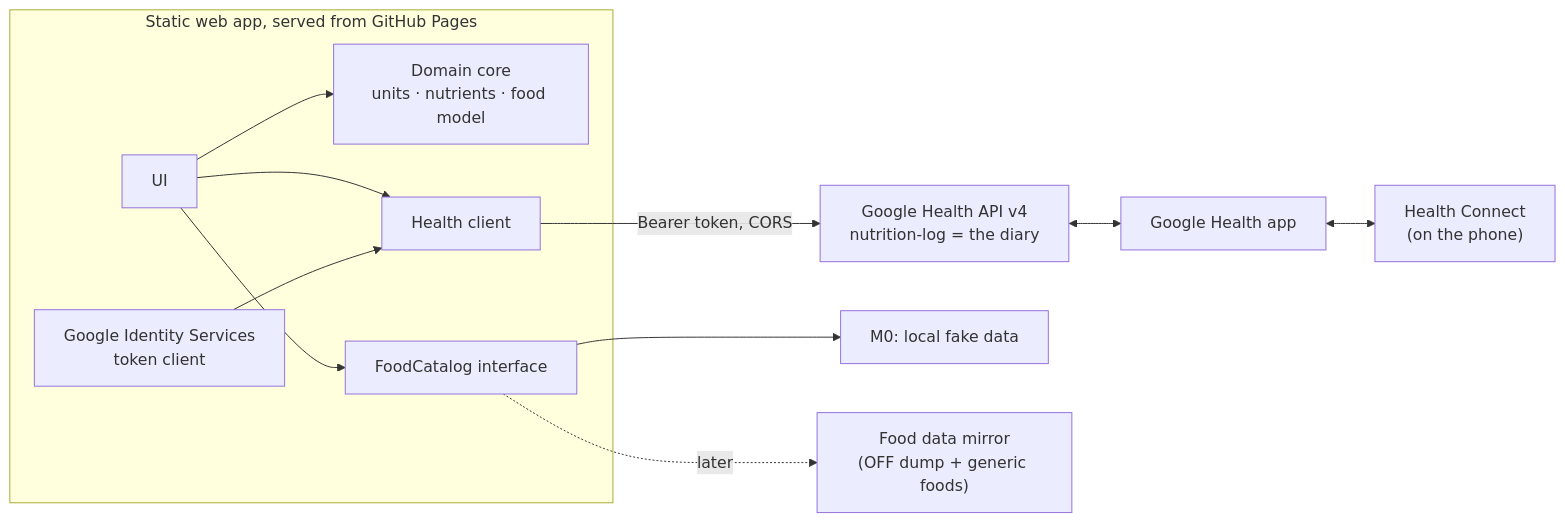
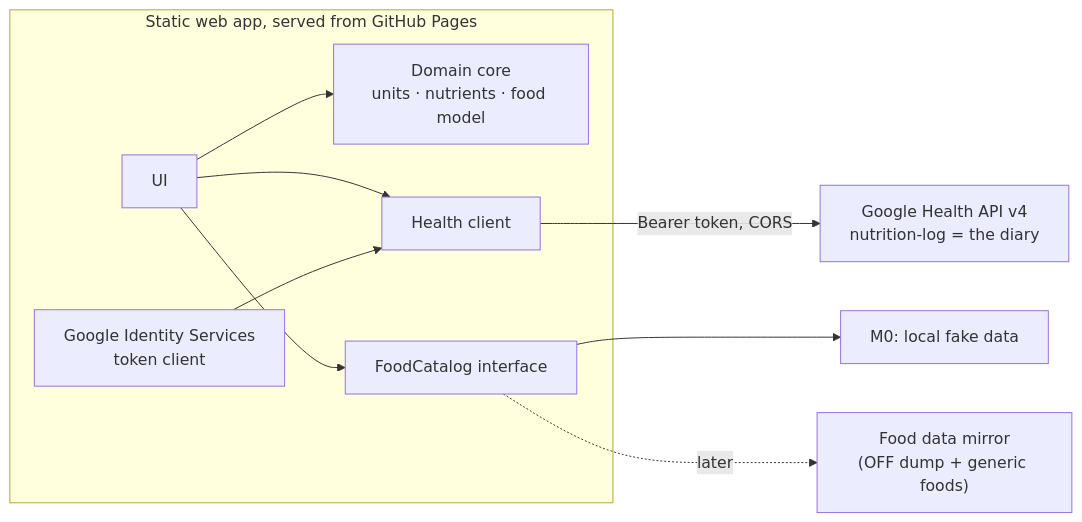
One commit to Froussios/fitbit-nutrition-portal changed the diagram in docs/ARCHITECTURE.md. Above: the diagram before and after it, drawn with Mermaid. The commit also changed other lines of this file and 8 other files, not shown here.

First line of the commit message:
Focus on the Google Health API; defer long-lived sessions

````diff
--- a/docs/ARCHITECTURE.md
+++ b/docs/ARCHITECTURE.md
@@ -39,13 +40,12 @@
 ```mermaid
 flowchart LR
   subgraph Browser["Static web app, served from GitHub Pages"]
     UI["UI"] --> Core["Domain core<br/>units · nutrients · food model"]
     UI --> HC["Health client"]
     UI --> FC["FoodCatalog interface"]
     Auth["Google Identity Services<br/>token client"] --> HC
   end
   HC -- "Bearer token, CORS" --> GHAPI["Google Health API v4<br/>nutrition-log = the diary"]
   FC --> Fake["M0: local fake data"]
   FC -. "later" .-> Mirror["Food data mirror<br/>(OFF dump + generic foods)"]
-  GHAPI <--> GHApp["Google Health app"] <--> HCn["Health Connect<br/>(on the phone)"]
 ```
````
